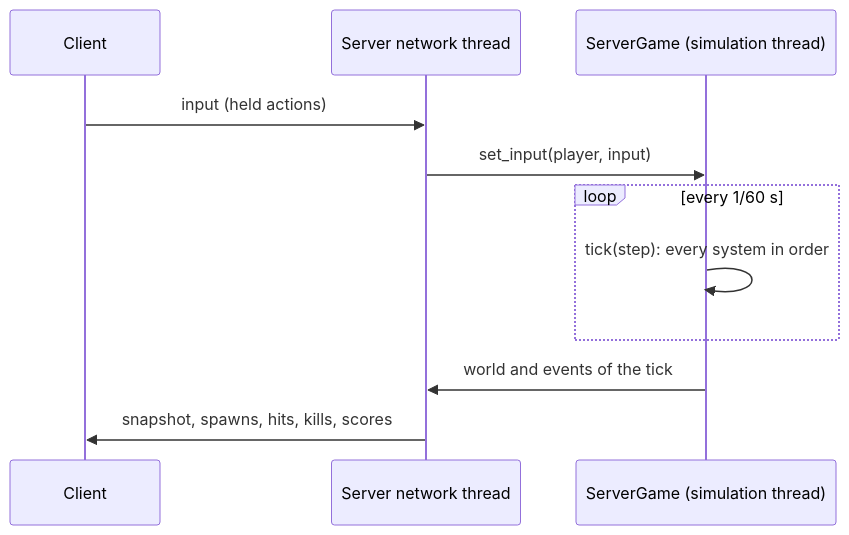
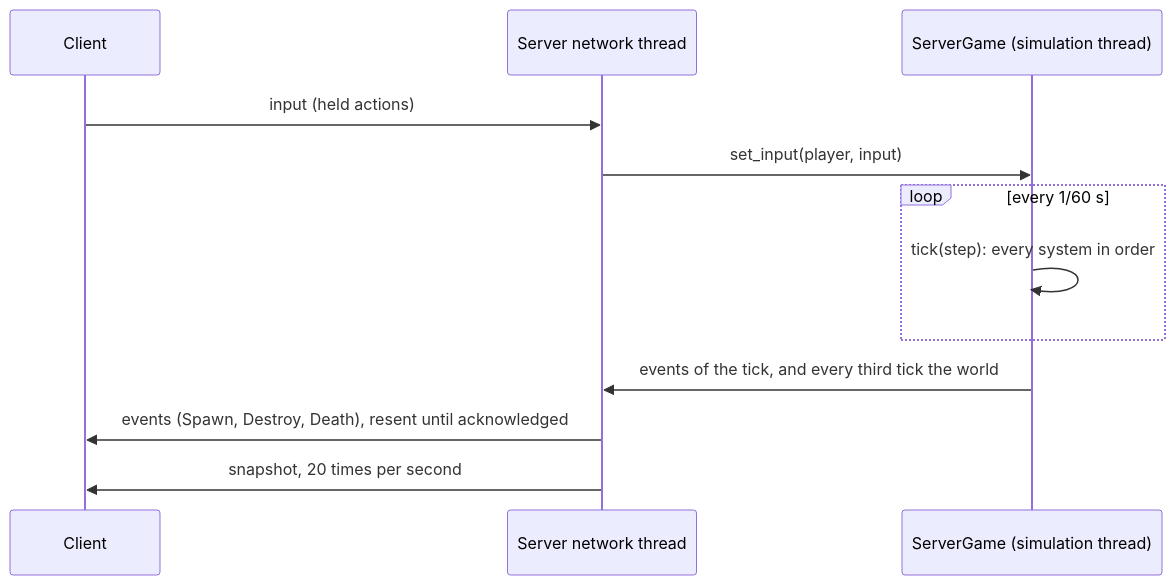
One commit to Aegis2D-Dev/project-rtype changed the second of 2 diagrams in docs/architecture.md. Above: the diagram before and after it, drawn with Mermaid. The commit also changed other lines of this file and 4 other files, not shown here.

````diff
--- a/docs/architecture.md
+++ b/docs/architecture.md
@@ -50,13 +50,14 @@
 ```mermaid
 sequenceDiagram
     participant C as Client
     participant N as Server network thread
     participant G as ServerGame (simulation thread)
     C->>N: input (held actions)
     N->>G: set_input(player, input)
     loop every 1/60 s
         G->>G: tick(step): every system in order
     end
-    G->>N: world and events of the tick
-    N->>C: snapshot, spawns, hits, kills, scores
+    G->>N: events of the tick, and every third tick the world
+    N->>C: events (Spawn, Destroy, Death), resent until acknowledged
+    N->>C: snapshot, 20 times per second
 ```
````
